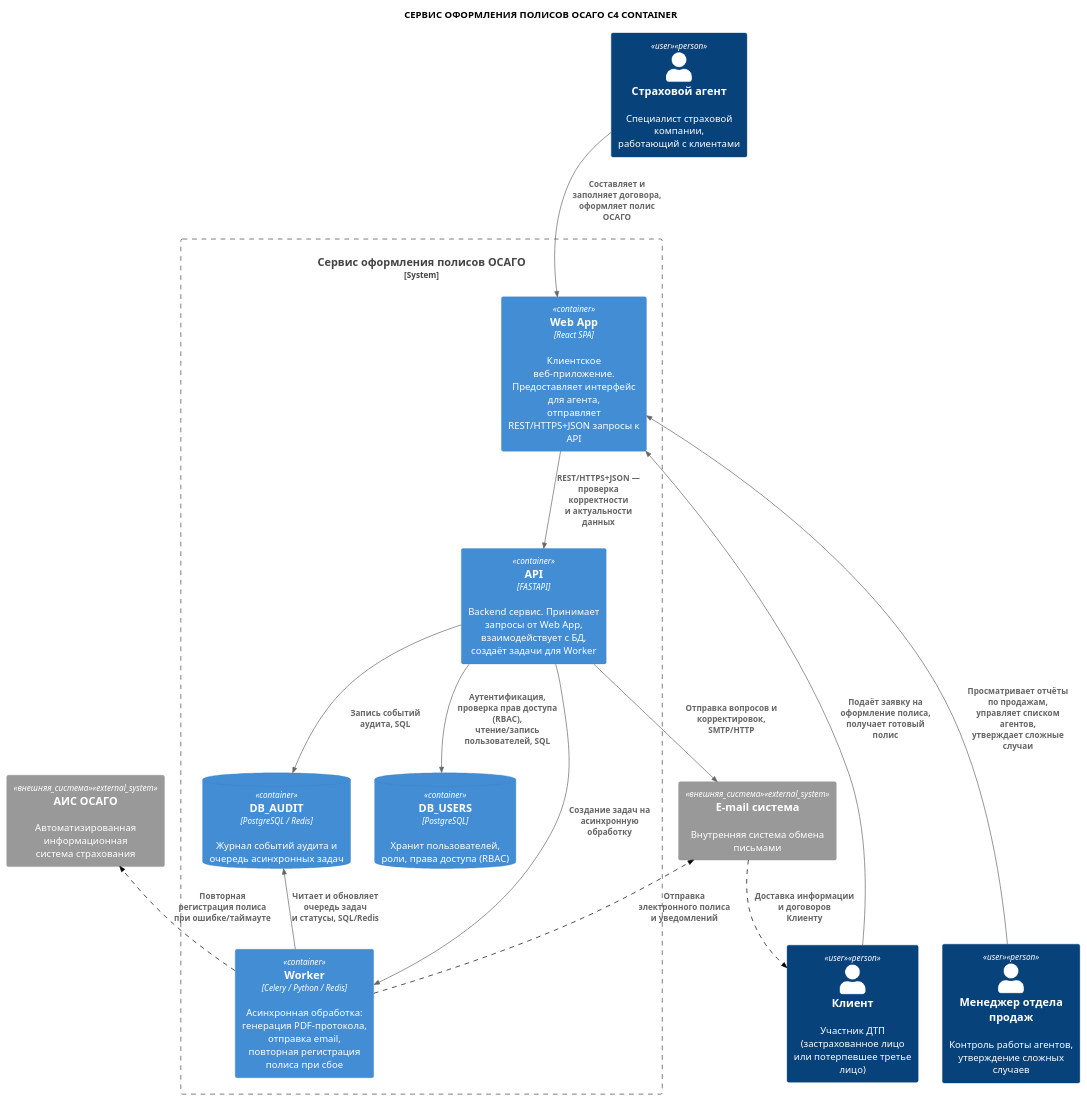
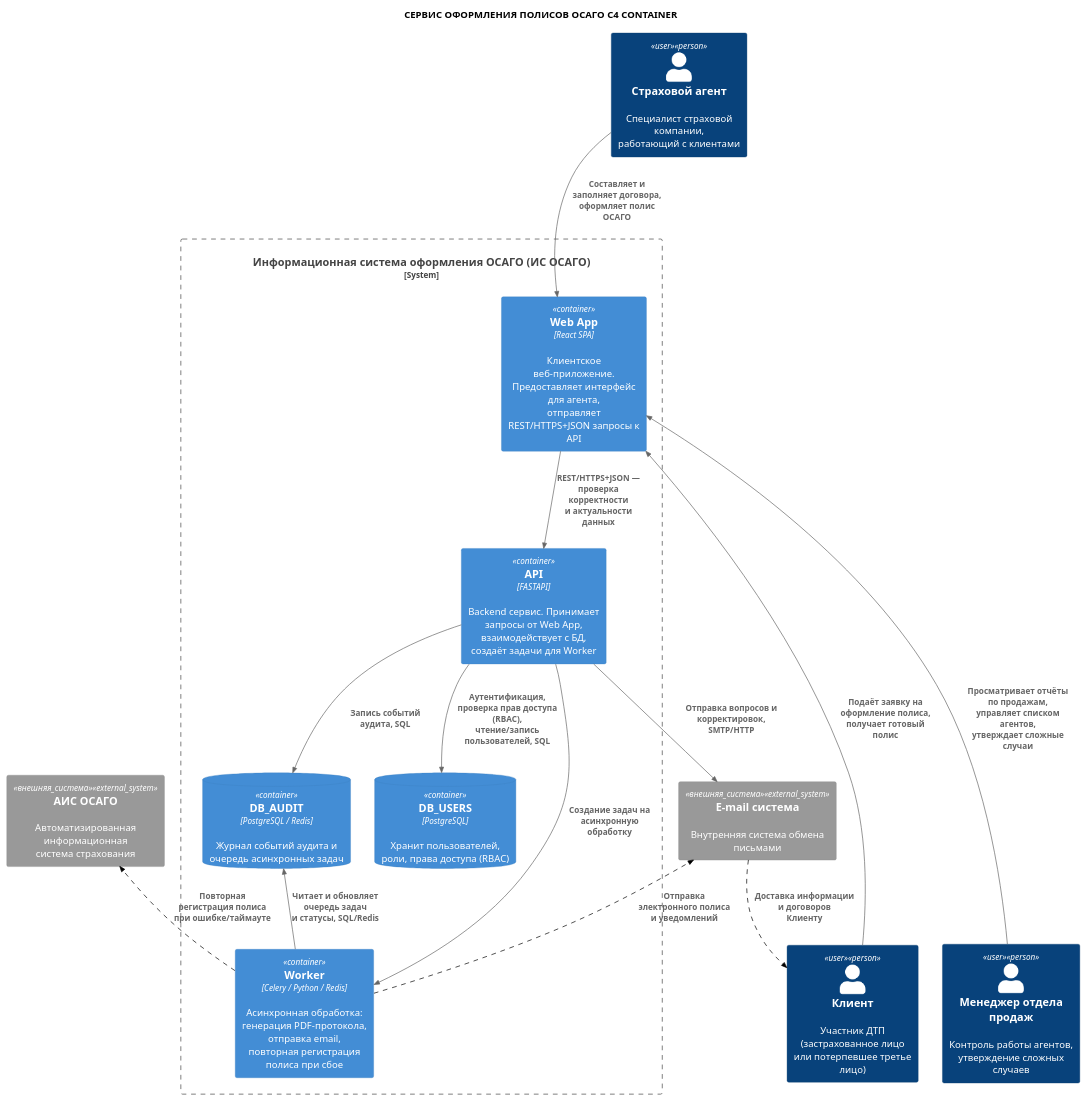
Before and after one commit to ElectricLight-ELO/Insurance-system: the diagram in docs_and_diagrams/Nikita/container.puml, drawn with PlantUML.

```diff
--- a/docs_and_diagrams/Nikita/container.puml
+++ b/docs_and_diagrams/Nikita/container.puml
@@ -1,90 +1,90 @@
 @startuml
 !include https://raw.githubusercontent.com/plantuml-stdlib/C4-PlantUML/master/C4_Container.puml
 
 title СЕРВИС ОФОРМЛЕНИЯ ПОЛИСОВ ОСАГО C4 CONTAINER
 
 ' === НАСТРОЙКА ЦВЕТОВ ===
 AddPersonTag("пользователь", $bgColor="#00008B", $borderColor="#000050", $fontColor="#FFFFFF")
 AddRelTag("пунктир", $lineStyle = DashedLine(), $lineColor = "#000000")
 
 ' === ЭЛЕМЕНТЫ ===
 
 Person(agent, "Страховой агент", "Специалист страховой компании,\nработающий с клиентами", $tags="user")
 Person(client, "Клиент", "Участник ДТП (застрахованное лицо\nили потерпевшее третье лицо)", $tags="user")
 Person(manager, "Менеджер отдела продаж", "Контроль работы агентов,\nутверждение сложных случаев", $tags="user")
 
 ' Центральный сервис
-System_Boundary(osago_service, "Сервис оформления полисов ОСАГО") {
+System_Boundary(osago_service, "Информационная система оформления ОСАГО (ИС ОСАГО)") {
 
     Container(web_app, "Web App", "React SPA", "Клиентское веб-приложение. Предоставляет интерфейс для агента,\nотправляет REST/HTTPS+JSON запросы к API")
 
     Container(api, "API", "FASTAPI", "Backend сервис. Принимает запросы от Web App,\nвзаимодействует с БД, создаёт задачи для Worker")
 
     Container(worker, "Worker", "Celery / Python / Redis", "Асинхронная обработка:\nгенерация PDF-протокола, отправка email,\nповторная регистрация полиса при сбое")
 
     ContainerDb(db_users, "DB_USERS", "PostgreSQL", "Хранит пользователей, роли, права доступа (RBAC)")
     ContainerDb(db_audit, "DB_AUDIT", "PostgreSQL / Redis", "Журнал событий аудита и очередь асинхронных задач")
 }
 
 ' Внешние системы (серые)
 System_Ext(ais_osago, "АИС ОСАГО", "Автоматизированная информационная\nсистема страхования", $tags="внешняя_система")
 System_Ext(email_sys, "E-mail система", "Внутренняя система обмена письмами", $tags="внешняя_система")
 
 ' === СВЯЗИ ===
 
 ' Страховой агент -> Web App
 Rel(agent, web_app, "Составляет и заполняет договора,\nоформляет полис ОСАГО")
 
 ' Клиент -> Web App
 Rel(client, web_app, "Подаёт заявку на оформление полиса,\nполучает готовый полис")
 
 ' Менеджер -> Web App (аналитика и управление)
 Rel(manager, web_app, "Просматривает отчёты по продажам,\nуправляет списком агентов,\nутверждает сложные случаи")
 
 ' Web App -> API
 Rel(web_app, api, "REST/HTTPS+JSON — проверка корректности\nи актуальности данных")
 
 ' API -> DB_USERS
 Rel(api, db_users, "Аутентификация, проверка прав доступа (RBAC),\nчтение/запись пользователей, SQL")
 
 ' API -> DB_AUDIT
 Rel(api, db_audit, "Запись событий аудита, SQL")
 
 ' API -> Worker
 Rel(api, worker, "Создание задач на асинхронную обработку")
 
 ' Worker -> DB_AUDIT (поллинг очереди задач)
 Rel(worker, db_audit, "Читает и обновляет очередь задач\nи статусы, SQL/Redis")
 
 ' Worker -> АИС ОСАГО (пунктир — повтор при сбое)
 Rel(worker, ais_osago, "Повторная регистрация полиса\nпри ошибке/таймауте", $tags="пунктир")
 
 ' Worker -> E-mail система (пунктир)
 Rel(worker, email_sys, "Отправка электронного полиса\nи уведомлений", $tags="пунктир")
 
 ' API -> E-mail система (для оперативных вопросов)
 Rel(api, email_sys, "Отправка вопросов и корректировок,\nSMTP/HTTP")
 
 ' E-mail система -> Клиент (пунктир)
 Rel(email_sys, client, "Доставка информации и договоров\nКлиенту", $tags="пунктир")
 
 ' === УПРАВЛЕНИЕ LAYOUT (скрытые связи) ===
 
 ' Акторы сверху в ряд
 agent -[hidden]right- client
 client -[hidden]right- manager
 
 ' Спуск к приложению
 agent -[hidden]down- web_app
 
 ' Контейнеры внутри boundary
 web_app -[hidden]right- api
 api -[hidden]down- db_users
 db_users -[hidden]right- db_audit
 db_audit -[hidden]right- worker
 
 ' Внешние системы внизу
 osago_service -[hidden]down- ais_osago
 ais_osago -[hidden]right- email_sys
 
 @enduml
```
